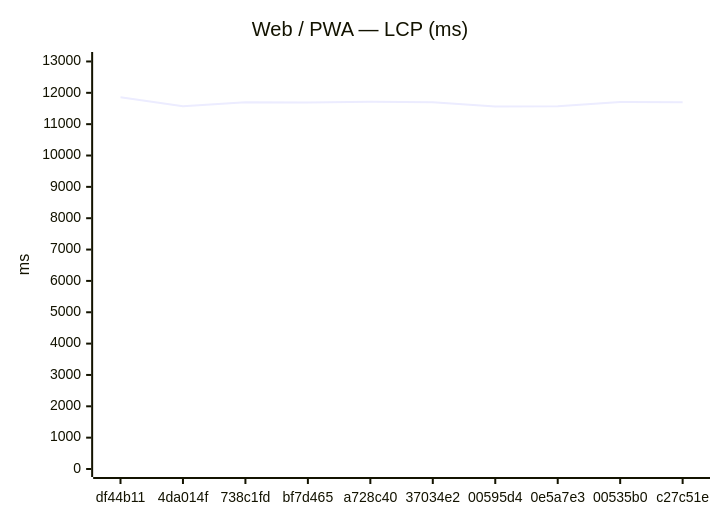
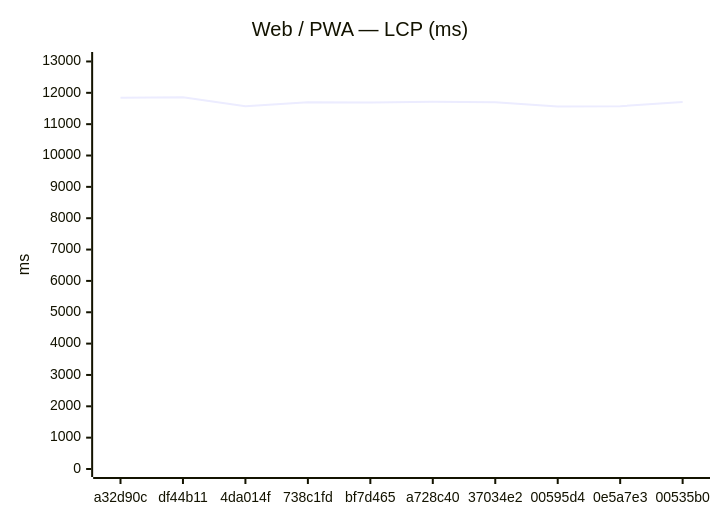
One commit to Metaheurist/Rianell changed the first of 24 diagrams in benchmarks/compare.md. Above: the diagram before and after it, drawn with Mermaid. The commit also changed other lines of this file and 12 other files, not shown here.

````diff
--- a/benchmarks/compare.md
+++ b/benchmarks/compare.md
@@ -24,7 +24,7 @@
 ```mermaid
 xychart-beta
     title "Web / PWA — LCP (ms)"
-    x-axis ["df44b11", "4da014f", "738c1fd", "bf7d465", "a728c40", "37034e2", "00595d4", "0e5a7e3", "00535b0", "c27c51e"]
+    x-axis ["a32d90c", "df44b11", "4da014f", "738c1fd", "bf7d465", "a728c40", "37034e2", "00595d4", "0e5a7e3", "00535b0"]
     y-axis "ms" 0 --> 13047
-    line [11860, 11572, 11701, 11691, 11716, 11698, 11566, 11571, 11711, 11699]
+    line [11845, 11860, 11572, 11701, 11691, 11716, 11698, 11566, 11571, 11711]
 ```
````
